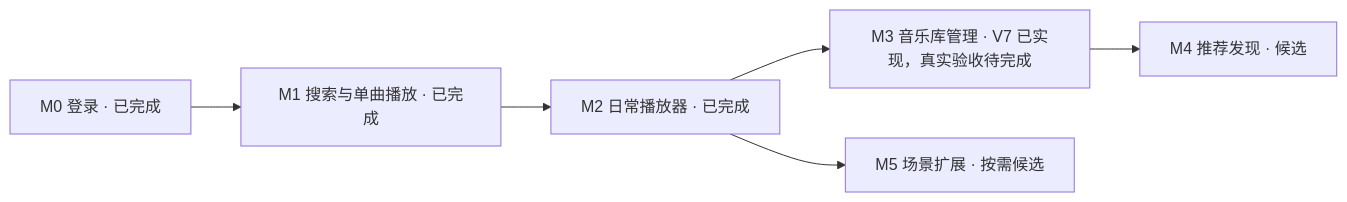
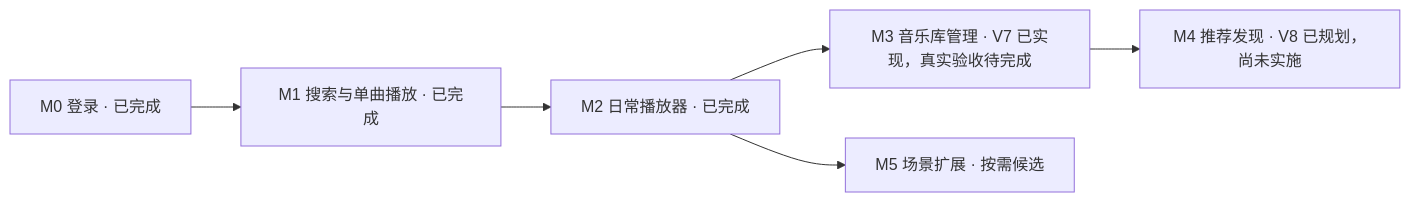
Before and after one commit to crownclowngx/myavalonia-music-netease: the diagram in docs/roadmap/netease-capability-roadmap.md, drawn with Mermaid. The commit also changed other lines of this file and 5 other files, not shown here.

````diff
--- a/docs/roadmap/netease-capability-roadmap.md
+++ b/docs/roadmap/netease-capability-roadmap.md
@@ -28,8 +28,8 @@
 ```mermaid
 flowchart LR
     M0["M0 登录 · 已完成"] --> M1["M1 搜索与单曲播放 · 已完成"]
     M1 --> M2["M2 日常播放器 · 已完成"]
     M2 --> M3["M3 音乐库管理 · V7 已实现，真实验收待完成"]
-    M3 --> M4["M4 推荐发现 · 候选"]
+    M3 --> M4["M4 推荐发现 · V8 已规划，尚未实施"]
     M2 --> M5["M5 场景扩展 · 按需候选"]
 ```
````
